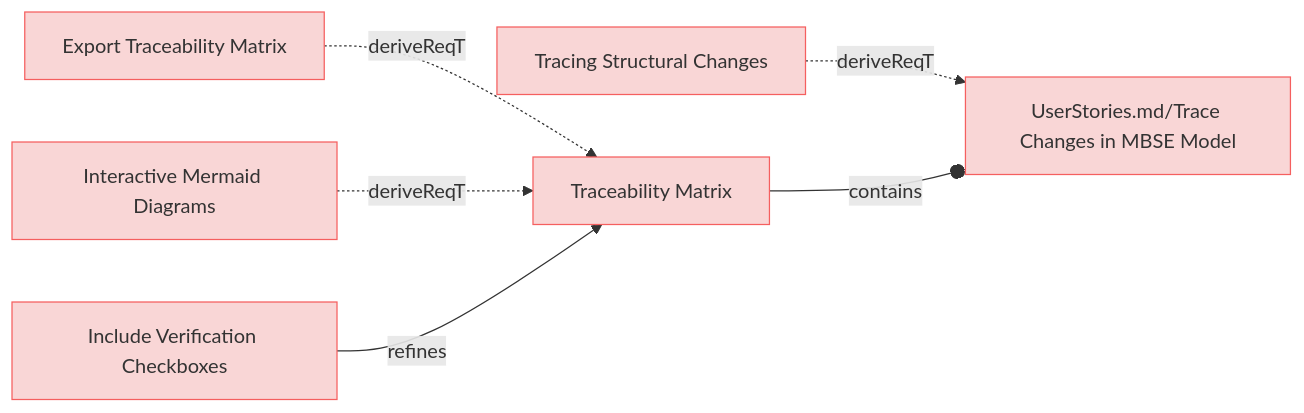
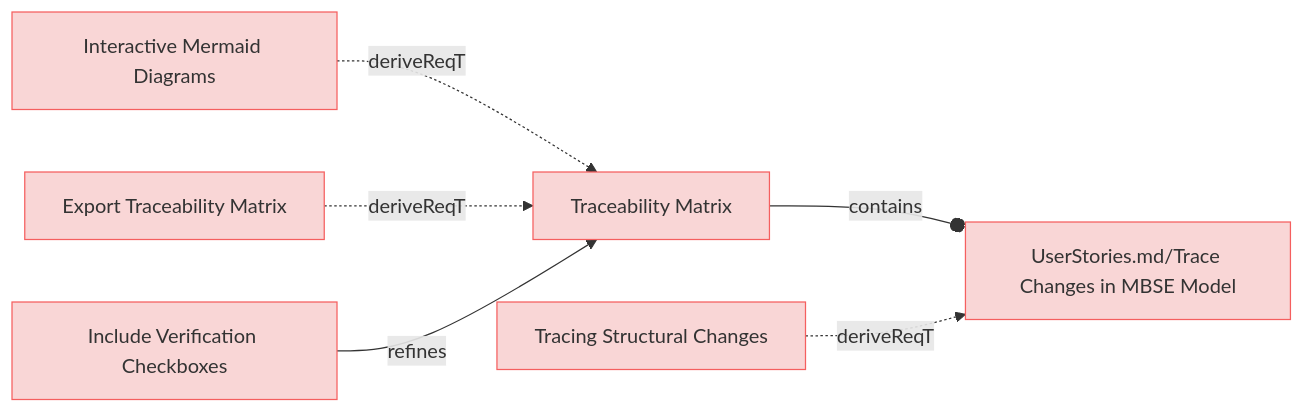
One commit to reqvire-org/reqvire changed the sixth of 9 diagrams in specifications/UserRequirements.md. Above: the diagram before and after it, drawn with Mermaid. The commit also changed other lines of this file and 160 other files, not shown here.

````diff
--- a/specifications/UserRequirements.md
+++ b/specifications/UserRequirements.md
@@ -447,32 +447,32 @@
 ```mermaid
 graph LR;
   %% Graph styling
   classDef requirement fill:#f9d6d6,stroke:#f55f5f,stroke-width:1px;
   classDef verification fill:#d6f9d6,stroke:#5fd75f,stroke-width:1px;
   classDef externalLink fill:#d0e0ff,stroke:#3080ff,stroke-width:1px;
   classDef default fill:#f5f5f5,stroke:#333333,stroke-width:1px;
 
-  e42698fdbbf344aa["Tracing Structural Changes"];
-  click e42698fdbbf344aa "https://github.com/ilijaljubicic/ReqFlow/blob/73d5ae1d93adea71fdf4cc508be4d1ae09be068f/specifications/UserRequirements.md#tracing-structural-changes";
-  class e42698fdbbf344aa requirement;
-  1e57ec134f31779c["UserStories.md/Trace Changes in MBSE Model"];
-  class 1e57ec134f31779c requirement;
-  click 1e57ec134f31779c "https://github.com/ilijaljubicic/ReqFlow/blob/73d5ae1d93adea71fdf4cc508be4d1ae09be068f/specifications/UserStories.md#trace-changes-in-mbse-model";
-  e42698fdbbf344aa -.->|deriveReqT| 1e57ec134f31779c;
-  a2555e9553031f1c["Export Traceability Matrix"];
-  click a2555e9553031f1c "https://github.com/ilijaljubicic/ReqFlow/blob/73d5ae1d93adea71fdf4cc508be4d1ae09be068f/specifications/UserRequirements.md#export-traceability-matrix";
-  class a2555e9553031f1c requirement;
-  25ad41b0b912092b["Traceability Matrix"];
-  class 25ad41b0b912092b requirement;
-  click 25ad41b0b912092b "https://github.com/ilijaljubicic/ReqFlow/blob/73d5ae1d93adea71fdf4cc508be4d1ae09be068f/specifications/UserRequirements.md#traceability-matrix";
-  a2555e9553031f1c -.->|deriveReqT| 25ad41b0b912092b;
-  27cb448230f8b6b0["Interactive Mermaid Diagrams"];
-  click 27cb448230f8b6b0 "https://github.com/ilijaljubicic/ReqFlow/blob/73d5ae1d93adea71fdf4cc508be4d1ae09be068f/specifications/UserRequirements.md#interactive-mermaid-diagrams";
-  class 27cb448230f8b6b0 requirement;
-  27cb448230f8b6b0 -.->|deriveReqT| 25ad41b0b912092b;
-  2ec6b6707fa20e10["Include Verification Checkboxes"];
-  click 2ec6b6707fa20e10 "https://github.com/ilijaljubicic/ReqFlow/blob/73d5ae1d93adea71fdf4cc508be4d1ae09be068f/specifications/UserRequirements.md#include-verification-checkboxes";
-  class 2ec6b6707fa20e10 requirement;
-  2ec6b6707fa20e10 -->|refines| 25ad41b0b912092b;
-  25ad41b0b912092b --o|contains| 1e57ec134f31779c;
+  33a6290c04810f44["Interactive Mermaid Diagrams"];
+  click 33a6290c04810f44 "https://github.com/ilijaljubicic/Reqvire/blob/8a68ca1eab81bac7964085e47777a0a92447c6a5/specifications/UserRequirements.md#interactive-mermaid-diagrams";
+  class 33a6290c04810f44 requirement;
+  681cda683cd3fa2a["Traceability Matrix"];
+  class 681cda683cd3fa2a requirement;
+  click 681cda683cd3fa2a "https://github.com/ilijaljubicic/Reqvire/blob/8a68ca1eab81bac7964085e47777a0a92447c6a5/specifications/UserRequirements.md#traceability-matrix";
+  33a6290c04810f44 -.->|deriveReqT| 681cda683cd3fa2a;
+  c99ffeebd04e23f["UserStories.md/Trace Changes in MBSE Model"];
+  class c99ffeebd04e23f requirement;
+  click c99ffeebd04e23f "https://github.com/ilijaljubicic/Reqvire/blob/8a68ca1eab81bac7964085e47777a0a92447c6a5/specifications/UserStories.md#trace-changes-in-mbse-model";
+  681cda683cd3fa2a --o|contains| c99ffeebd04e23f;
+  4dc854c91f0e4c8d["Tracing Structural Changes"];
+  click 4dc854c91f0e4c8d "https://github.com/ilijaljubicic/Reqvire/blob/8a68ca1eab81bac7964085e47777a0a92447c6a5/specifications/UserRequirements.md#tracing-structural-changes";
+  class 4dc854c91f0e4c8d requirement;
+  4dc854c91f0e4c8d -.->|deriveReqT| c99ffeebd04e23f;
+  ef3da3123b583d8["Export Traceability Matrix"];
+  click ef3da3123b583d8 "https://github.com/ilijaljubicic/Reqvire/blob/8a68ca1eab81bac7964085e47777a0a92447c6a5/specifications/UserRequirements.md#export-traceability-matrix";
+  class ef3da3123b583d8 requirement;
+  ef3da3123b583d8 -.->|deriveReqT| 681cda683cd3fa2a;
+  c2864bc79bdbe487["Include Verification Checkboxes"];
+  click c2864bc79bdbe487 "https://github.com/ilijaljubicic/Reqvire/blob/8a68ca1eab81bac7964085e47777a0a92447c6a5/specifications/UserRequirements.md#include-verification-checkboxes";
+  class c2864bc79bdbe487 requirement;
+  c2864bc79bdbe487 -->|refines| 681cda683cd3fa2a;
 ```
````
